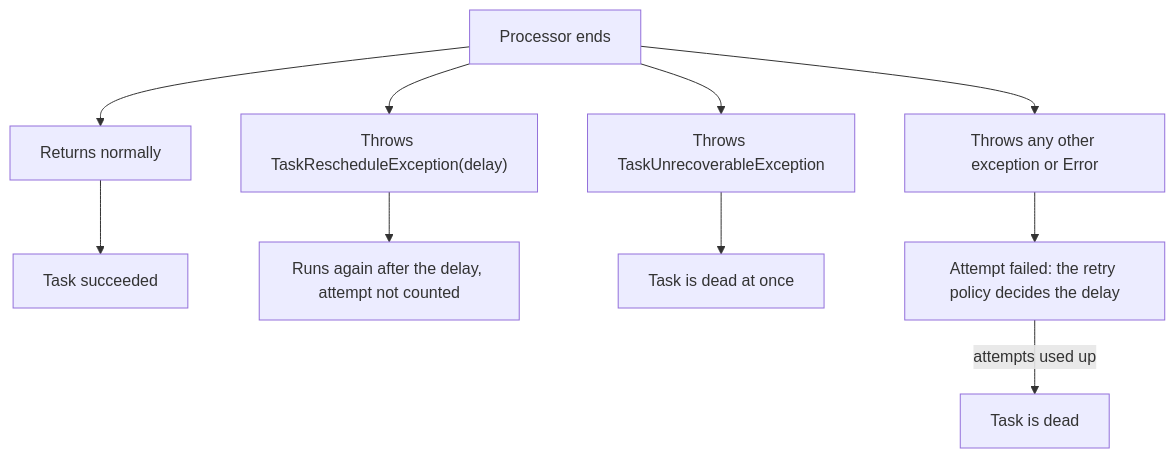
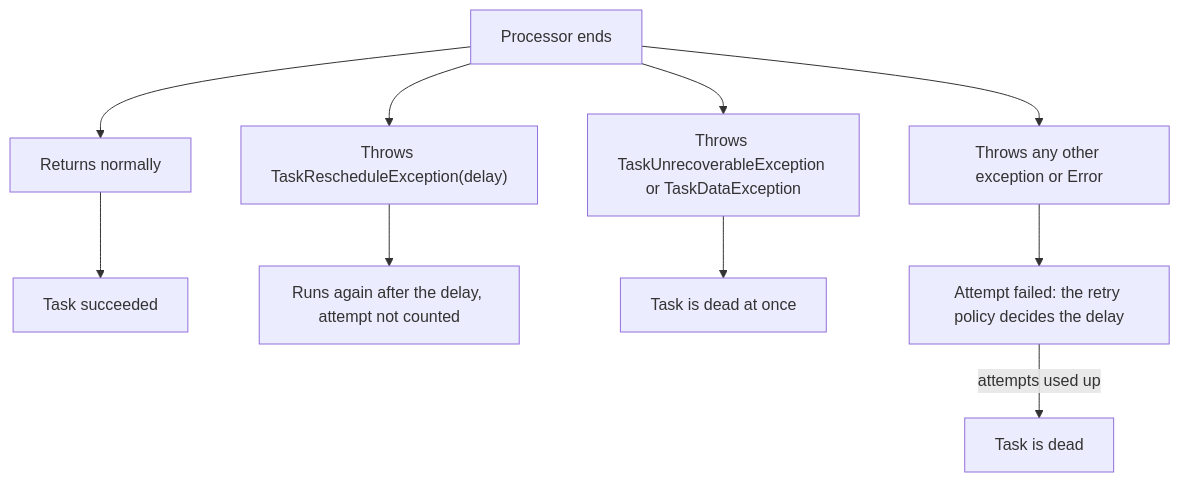
The first of 2 diagrams in docs/tasks.md (BonfireTrunk/bth4j), drawn with Mermaid before and after one commit. The commit also changed other lines of this file and 50 other files, not shown here.

````diff
--- a/docs/tasks.md
+++ b/docs/tasks.md
@@ -34,12 +35,12 @@
 ```mermaid
 flowchart TD
     P["Processor ends"] --> R1["Returns normally"]
     P --> R2["Throws TaskRescheduleException(delay)"]
-    P --> R3["Throws TaskUnrecoverableException"]
+    P --> R3["Throws TaskUnrecoverableException or TaskDataException"]
     P --> R4["Throws any other exception or Error"]
     R1 --> S1["Task succeeded"]
     R2 --> S2["Runs again after the delay, attempt not counted"]
     R3 --> S3["Task is dead at once"]
     R4 --> S4["Attempt failed: the retry policy decides the delay"]
     S4 -->|"attempts used up"| S5["Task is dead"]
 ```
````
